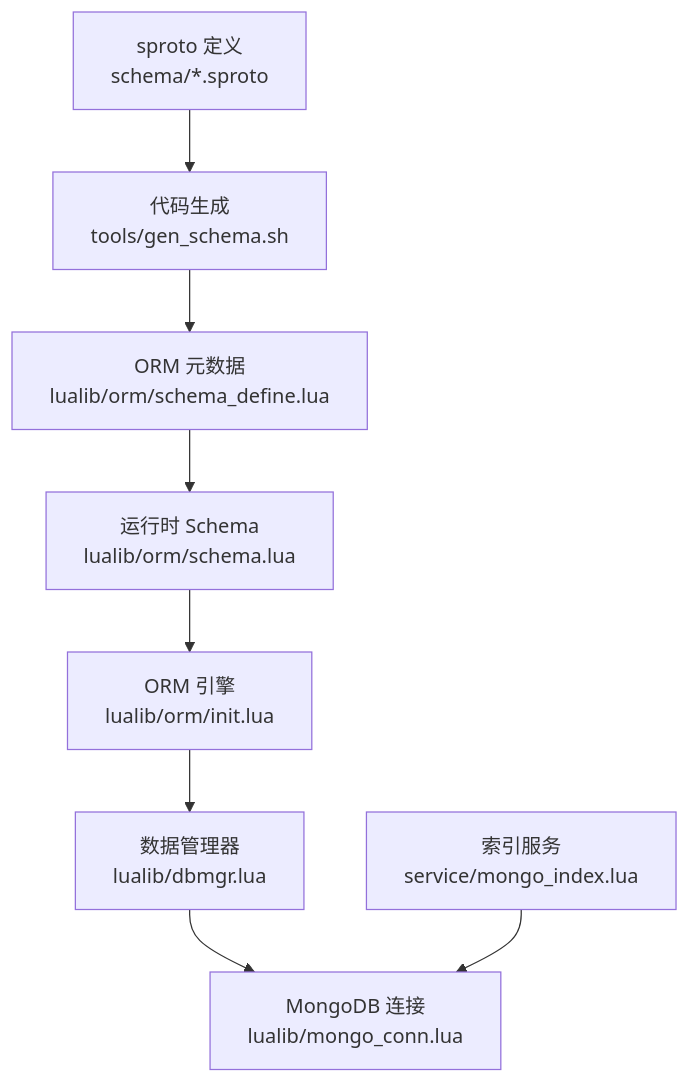
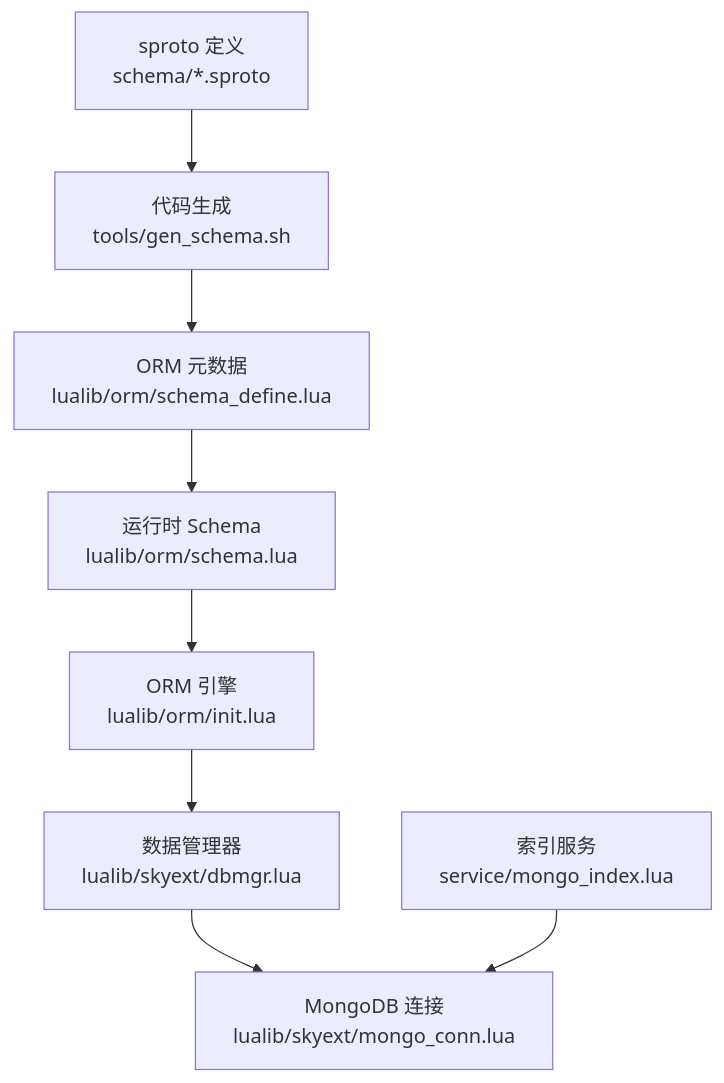
Before and after one commit to hanxi/skyext: the first of 6 diagrams in docs/repowiki/zh/content/数据模型/数据模型.md, drawn with Mermaid. The commit also changed other lines of this file and 117 other files, not shown here.

````diff
--- a/docs/repowiki/zh/content/数据模型/数据模型.md
+++ b/docs/repowiki/zh/content/数据模型/数据模型.md
@@ -37,10 +37,10 @@
 ```mermaid
 graph TB
 A["sproto 定义<br/>schema/*.sproto"] --> B["代码生成<br/>tools/gen_schema.sh"]
 B --> C["ORM 元数据<br/>lualib/orm/schema_define.lua"]
 C --> D["运行时 Schema<br/>lualib/orm/schema.lua"]
 D --> E["ORM 引擎<br/>lualib/orm/init.lua"]
-E --> F["数据管理器<br/>lualib/dbmgr.lua"]
-F --> G["MongoDB 连接<br/>lualib/mongo_conn.lua"]
+E --> F["数据管理器<br/>lualib/skyext/dbmgr.lua"]
+F --> G["MongoDB 连接<br/>lualib/skyext/mongo_conn.lua"]
 H["索引服务<br/>service/mongo_index.lua"] --> G
 ```
````
